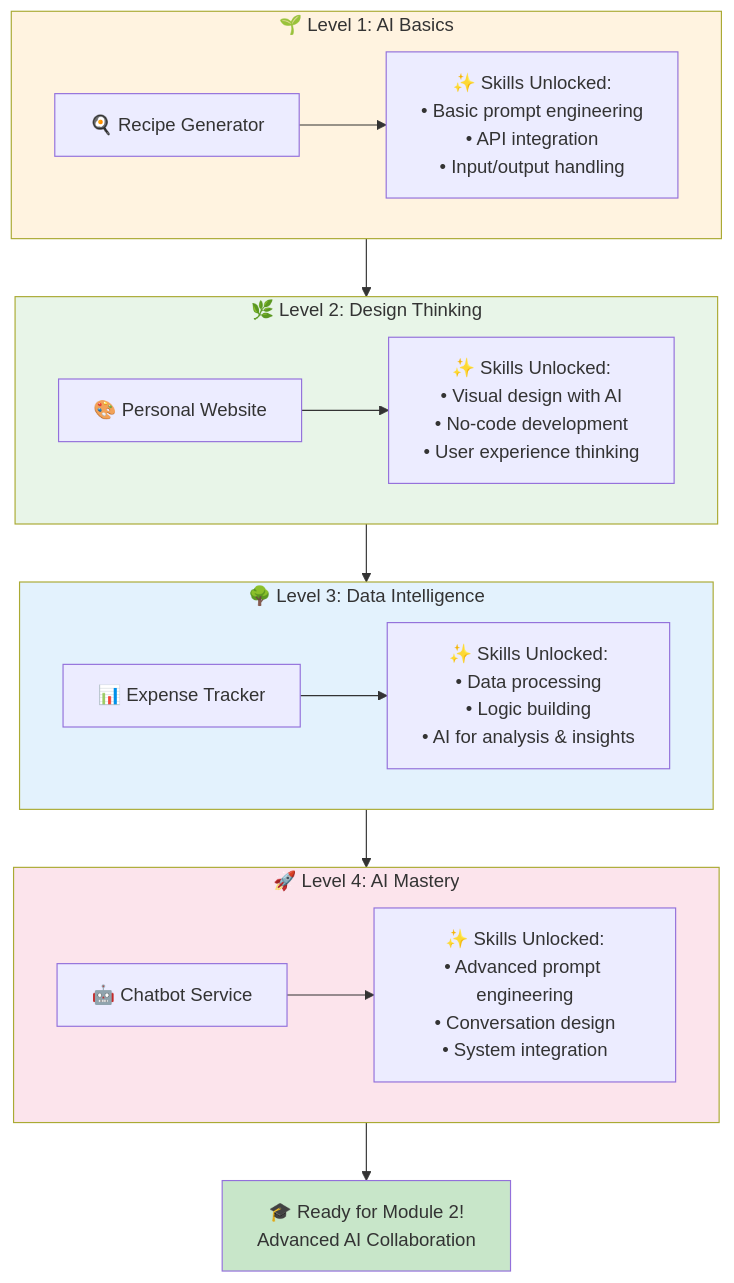
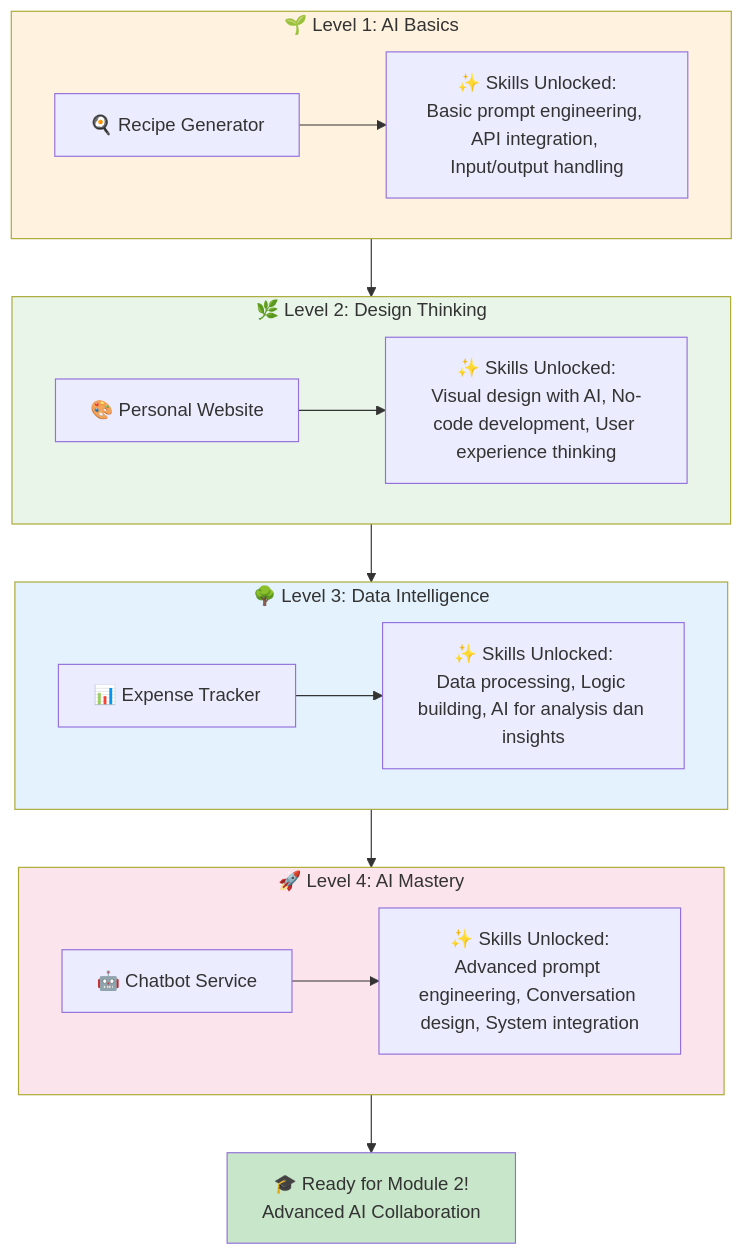
One commit to antonprafanto/vibecoding changed the sixth of 6 diagrams in modul1pemula.md. Above: the diagram before and after it, drawn with Mermaid. The commit also changed other lines of this file, not shown here.

````diff
--- a/modul1pemula.md
+++ b/modul1pemula.md
@@ -565,34 +565,34 @@
 ```mermaid
 graph TD
     subgraph Level1 ["🌱 Level 1: AI Basics"]
         P1[🍳 Recipe Generator]
-        P1 --> S1[✨ Skills Unlocked:<br/>• Basic prompt engineering<br/>• API integration<br/>• Input/output handling]
+        P1 --> S1[✨ Skills Unlocked:<br/>Basic prompt engineering, API integration, Input/output handling]
     end
     
     subgraph Level2 ["🌿 Level 2: Design Thinking"]
         P2[🎨 Personal Website]
-        P2 --> S2[✨ Skills Unlocked:<br/>• Visual design with AI<br/>• No-code development<br/>• User experience thinking]
+        P2 --> S2[✨ Skills Unlocked:<br/>Visual design with AI, No-code development, User experience thinking]
     end
     
     subgraph Level3 ["🌳 Level 3: Data Intelligence"]
         P3[📊 Expense Tracker]
-        P3 --> S3[✨ Skills Unlocked:<br/>• Data processing<br/>• Logic building<br/>• AI for analysis & insights]
+        P3 --> S3[✨ Skills Unlocked:<br/>Data processing, Logic building, AI for analysis dan insights]
     end
     
     subgraph Level4 ["🚀 Level 4: AI Mastery"]
         P4[🤖 Chatbot Service]
-        P4 --> S4[✨ Skills Unlocked:<br/>• Advanced prompt engineering<br/>• Conversation design<br/>• System integration]
+        P4 --> S4[✨ Skills Unlocked:<br/>Advanced prompt engineering, Conversation design, System integration]
     end
     
     Level1 --> Level2
     Level2 --> Level3  
     Level3 --> Level4
     
     Level4 --> Graduate[🎓 Ready for Module 2!<br/>Advanced AI Collaboration]
     
     style Level1 fill:#fff3e0
     style Level2 fill:#e8f5e8
     style Level3 fill:#e3f2fd
     style Level4 fill:#fce4ec
     style Graduate fill:#c8e6c9
 ```
````
